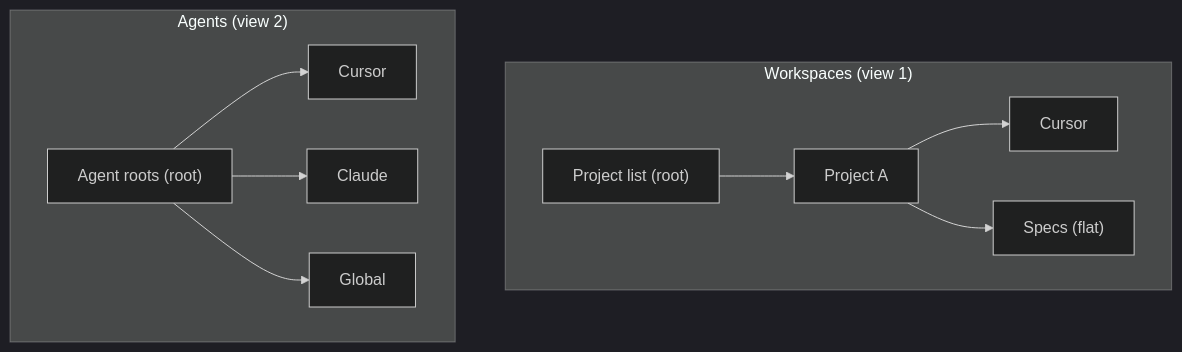
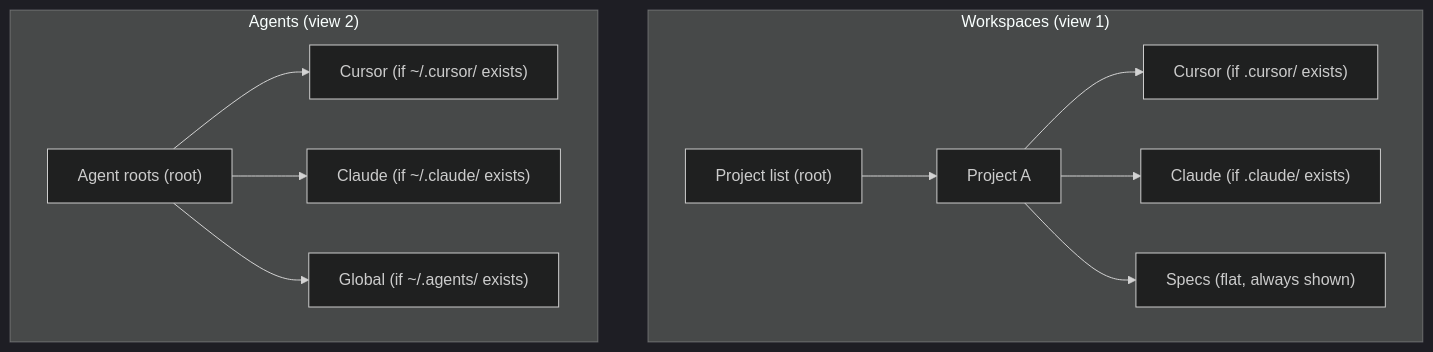
One commit to fancy-bread/agent-context-explorer changed the diagram in specs/tree-view/spec.md. Above: the diagram before and after it, drawn with Mermaid (dark theme). The commit also changed other lines of this file and 10 other files, not shown here.

````diff
--- a/specs/tree-view/spec.md
+++ b/specs/tree-view/spec.md
@@ -32,22 +32,24 @@
 ```mermaid
 graph TB
     subgraph WorkspaceView["Workspaces (view 1)"]
         WRoot["Project list (root)"]
         Proj["Project A"]
-        Cursor["Cursor"]
-        Specs["Specs (flat)"]
+        Cursor["Cursor (if .cursor/ exists)"]
+        Claude["Claude (if .claude/ exists)"]
+        Specs["Specs (flat, always shown)"]
         Proj --> Cursor
+        Proj --> Claude
         Proj --> Specs
         WRoot --> Proj
     end
 
     subgraph AgentsView["Agents (view 2)"]
         ARoot["Agent roots (root)"]
-        CursorNode["Cursor"]
-        ClaudeNode["Claude"]
-        GlobalNode["Global"]
+        CursorNode["Cursor (if ~/.cursor/ exists)"]
+        ClaudeNode["Claude (if ~/.claude/ exists)"]
+        GlobalNode["Global (if ~/.agents/ exists)"]
         ARoot --> CursorNode
         ARoot --> ClaudeNode
         ARoot --> GlobalNode
     end
 ```
````
